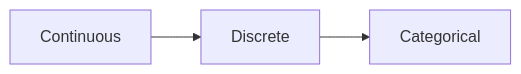
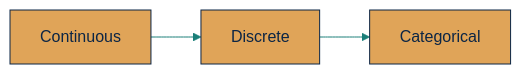
Before and after one commit to stephenbalogun/research-data-analysis-workshop: the fourth of 8 diagrams in index.qmd, drawn with Mermaid. The commit also changed other lines of this file and 378 other files, not shown here.

````diff
--- a/index.qmd
+++ b/index.qmd
@@ -437,5 +452,6 @@
 ```{mermaid}
+%%{init: {'theme':'base', 'themeVariables': { 'primaryColor':'#E0A458','primaryTextColor':'#0B2545','primaryBorderColor':'#0B2545','lineColor':'#1B7F79'}}}%%
 flowchart LR
   C[Continuous] --> D[Discrete]
   D --> K[Categorical]
 ```
````
